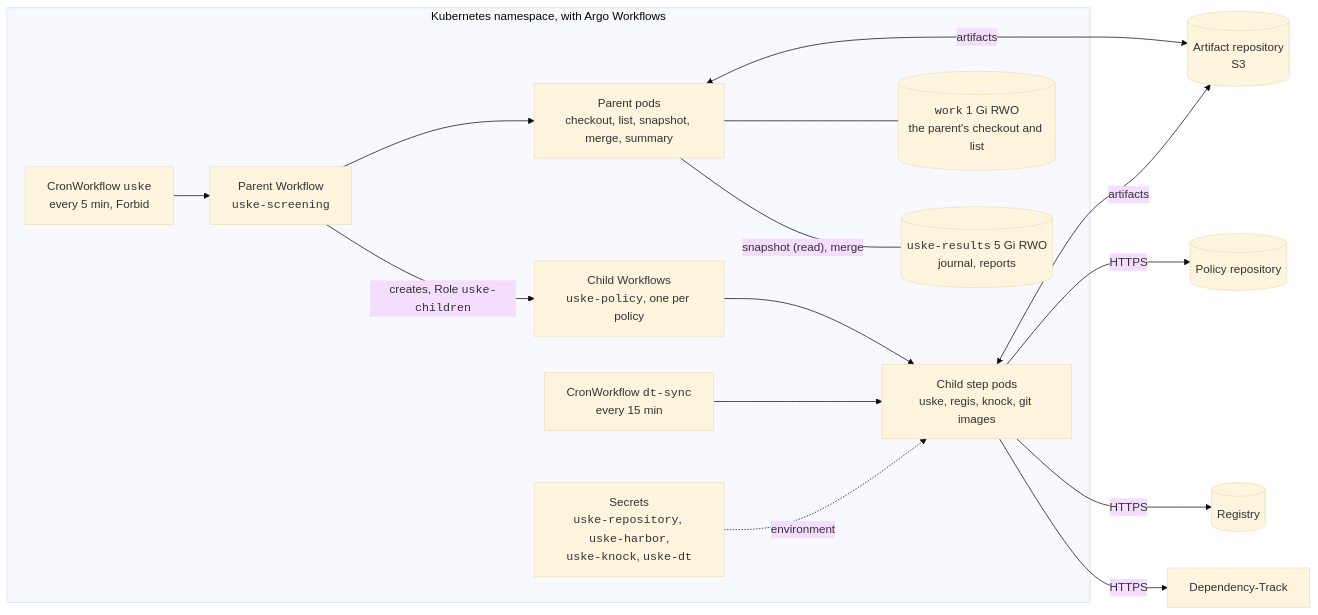
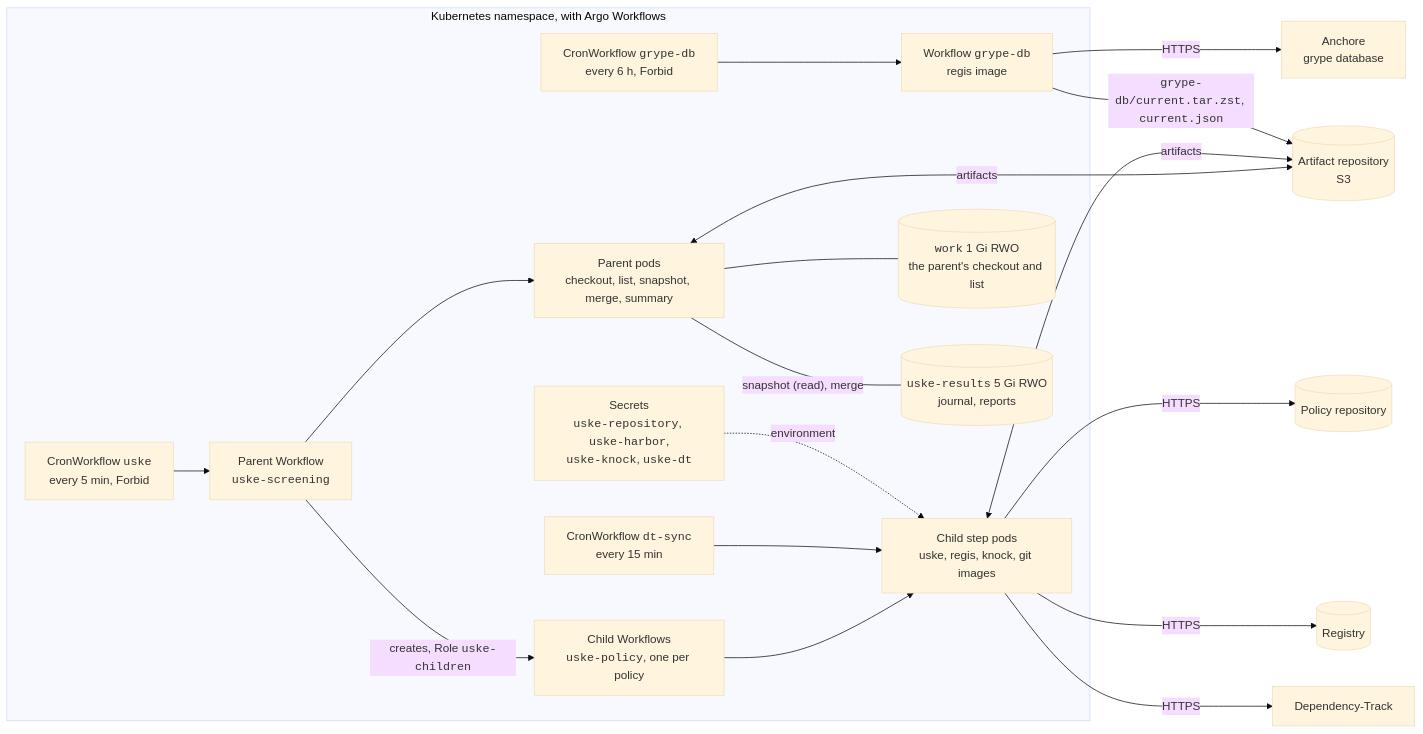
One commit to trivoallan/uske changed the fifth of 5 diagrams in docs/architecture/arc42.md. Above: the diagram before and after it, drawn with Mermaid (base theme). The commit also changed other lines of this file and 18 other files, not shown here.

````diff
--- a/docs/architecture/arc42.md
+++ b/docs/architecture/arc42.md
@@ -480,24 +480,29 @@
 ```mermaid
 flowchart LR
   subgraph ns["Kubernetes namespace, with Argo Workflows"]
     c1["CronWorkflow <code>uske</code><br>every 5 min, Forbid"]
     c2["CronWorkflow <code>dt-sync</code><br>every 15 min"]
+    c3["CronWorkflow <code>grype-db</code><br>every 6 h, Forbid"]
+    gd["Workflow <code>grype-db</code><br>regis image"]
     wt["Parent Workflow<br><code>uske-screening</code>"]
     wc["Child Workflows<br><code>uske-policy</code>, one per policy"]
     pp["Parent pods<br>checkout, list, snapshot, merge, summary"]
     pods["Child step pods<br>uske, regis, knock, git images"]
     work[("<code>work</code> 1 Gi RWO<br>the parent's checkout and list")]
     res[("<code>uske-results</code> 5 Gi RWO<br>journal, reports")]
     sec["Secrets<br><code>uske-repository</code>, <code>uske-harbor</code>,<br><code>uske-knock</code>, <code>uske-dt</code>"]
     c1 --> wt --> pp
     wt -->|"creates, Role <code>uske-children</code>"| wc --> pods
     c2 --> pods
+    c3 --> gd
     pp --- work
     pp ---|"snapshot (read), merge"| res
     sec -.->|"environment"| pods
   end
   pp & pods <-->|"artifacts"| art[("Artifact repository<br>S3")]
+  gd -->|"<code>grype-db/current.tar.zst</code>, <code>current.json</code>"| art
+  gd -->|"HTTPS"| anchore["Anchore<br>grype database"]
   pods -->|"HTTPS"| git[("Policy repository")]
   pods -->|"HTTPS"| reg[("Registry")]
   pods -->|"HTTPS"| dt["Dependency-Track"]
 ```
````
